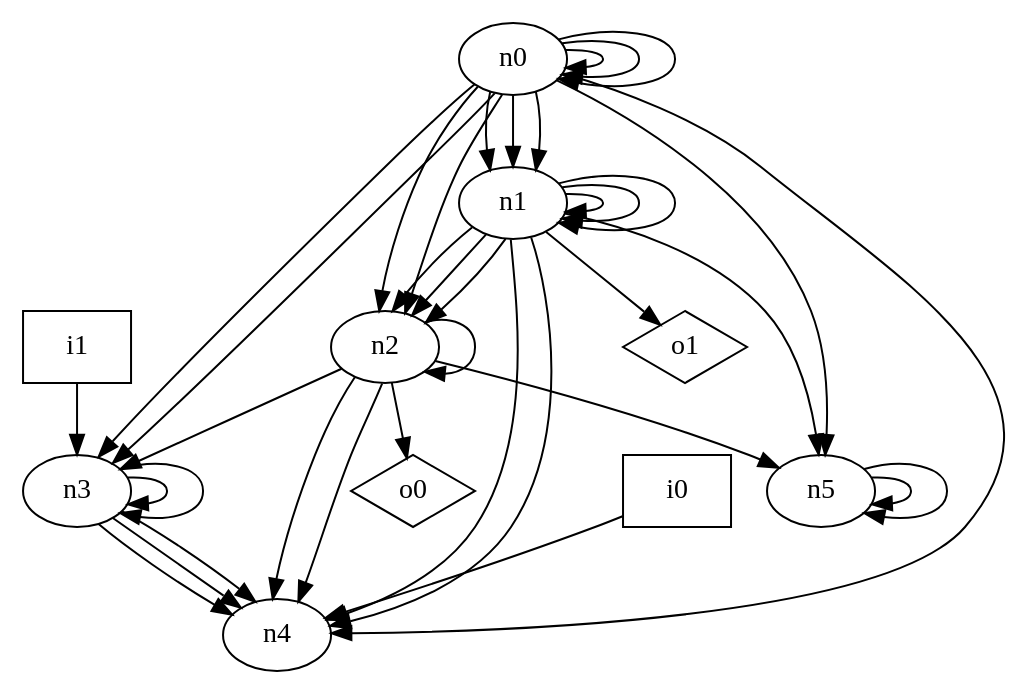
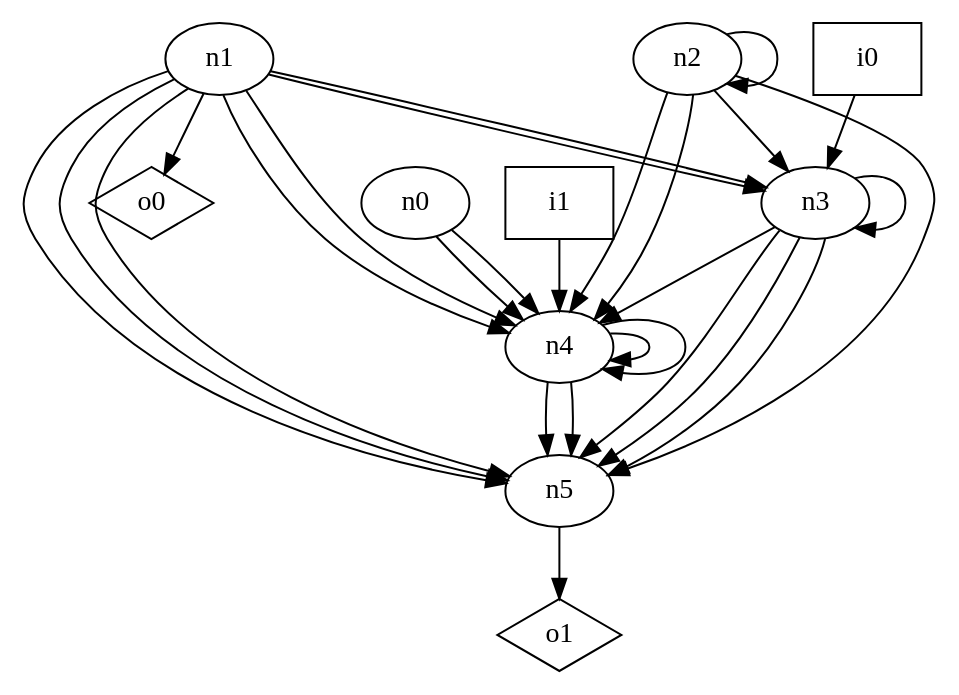
One commit to p9romain/bool-circuits changed the diagram in dot_files/random_graph/DAG_graph.dot. Above: the diagram before and after it, drawn with Graphviz. The commit also changed 73 other files, not shown here.

```diff
--- a/dot_files/random_graph/DAG_graph.dot
+++ b/dot_files/random_graph/DAG_graph.dot
@@ -1,49 +1,39 @@
 digraph G {
 n0 [label="n0"];
 n1 [label="n1"];
 n2 [label="n2"];
 n3 [label="n3"];
 n4 [label="n4"];
 n5 [label="n5"];
 n6 [label="i0",shape="box"];
 n7 [label="i1",shape="box"];
 n8 [label="o0",shape="diamond"];
 n9 [label="o1",shape="diamond"];
-n0 -> n0
-n0 -> n0
-n0 -> n0
-n0 -> n1
-n0 -> n1
-n0 -> n1
-n0 -> n2
-n0 -> n2
-n0 -> n3
-n0 -> n3
 n0 -> n4
-n0 -> n5
-n1 -> n1
-n1 -> n1
-n1 -> n1
-n1 -> n2
-n1 -> n2
-n1 -> n2
+n0 -> n4
+n1 -> n3
+n1 -> n3
 n1 -> n4
 n1 -> n4
 n1 -> n5
-n1 -> n9
+n1 -> n5
+n1 -> n5
+n1 -> n8
 n2 -> n2
 n2 -> n3
 n2 -> n4
 n2 -> n4
 n2 -> n5
-n2 -> n8
-n3 -> n3
 n3 -> n3
 n3 -> n4
-n3 -> n4
-n3 -> n4
-n5 -> n5
-n5 -> n5
-n6 -> n4
-n7 -> n3
+n3 -> n5
+n3 -> n5
+n3 -> n5
+n4 -> n4
+n4 -> n4
+n4 -> n5
+n4 -> n5
+n5 -> n9
+n6 -> n3
+n7 -> n4
 }
```
